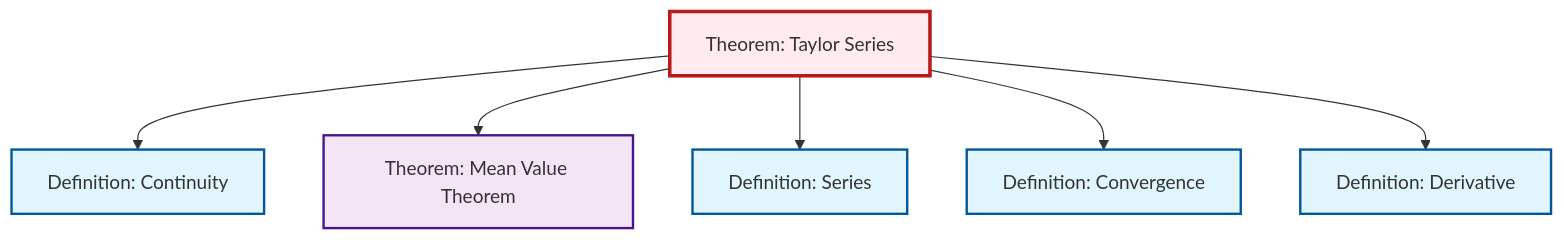
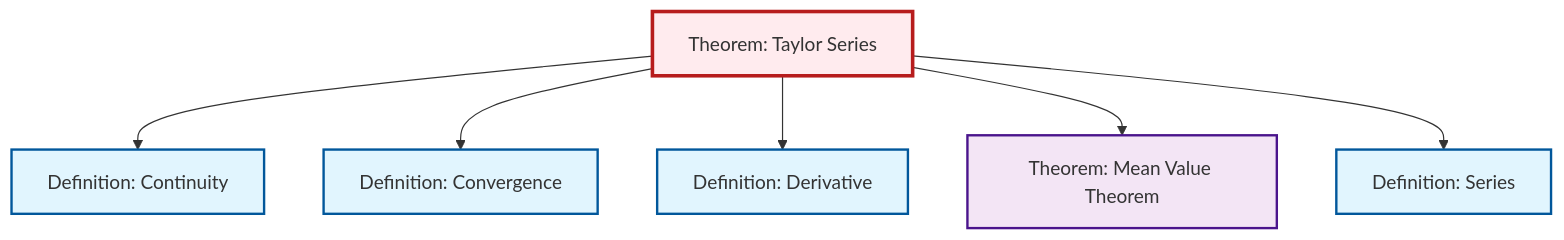
Before and after one commit to RK0429/ModernMath: the diagram in content/ja/analysis/thm-taylor-series.qmd, drawn with Mermaid. The commit also changed other lines of this file and 654 other files, not shown here.

````diff
--- a/content/ja/analysis/thm-taylor-series.qmd
+++ b/content/ja/analysis/thm-taylor-series.qmd
@@ -108,26 +109,26 @@
 ```{mermaid}
 %%| fig-cap: "Local dependency graph"
 graph TD
     classDef definition fill:#e1f5fe,stroke:#01579b,stroke-width:2px
     classDef theorem fill:#f3e5f5,stroke:#4a148c,stroke-width:2px
     classDef axiom fill:#fff3e0,stroke:#e65100,stroke-width:2px
     classDef example fill:#e8f5e9,stroke:#1b5e20,stroke-width:2px
     classDef current fill:#ffebee,stroke:#b71c1c,stroke-width:3px
     def-convergence["Definition: Convergence"]:::definition
-    def-derivative["Definition: Derivative"]:::definition
     def-continuity["Definition: Continuity"]:::definition
     def-series["Definition: Series"]:::definition
+    def-derivative["Definition: Derivative"]:::definition
     thm-taylor-series["Theorem: Taylor Series"]:::theorem
     thm-mean-value["Theorem: Mean Value Theorem"]:::theorem
     thm-taylor-series --> def-continuity
+    thm-taylor-series --> def-convergence
+    thm-taylor-series --> def-derivative
     thm-taylor-series --> thm-mean-value
     thm-taylor-series --> def-series
-    thm-taylor-series --> def-convergence
-    thm-taylor-series --> def-derivative
     class thm-taylor-series current
     click def-convergence "def-convergence.html" "Definition: Convergenceへ"
-    click def-derivative "def-derivative.html" "Definition: Derivativeへ"
     click def-continuity "def-continuity.html" "Definition: Continuityへ"
     click def-series "def-series.html" "Definition: Seriesへ"
+    click def-derivative "def-derivative.html" "Definition: Derivativeへ"
     click thm-mean-value "thm-mean-value.html" "Theorem: Mean Value Theoremへ"
 ```
````
